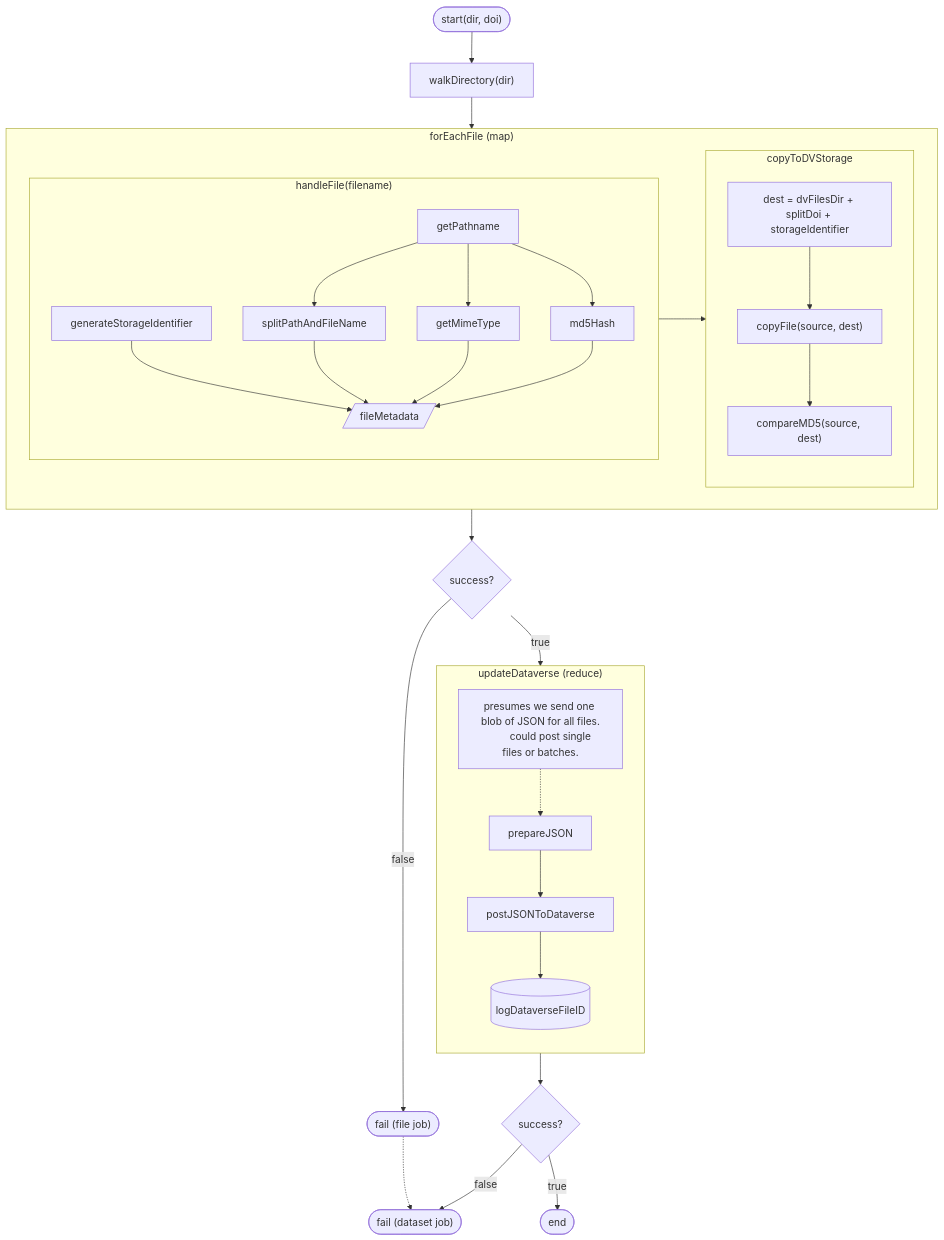
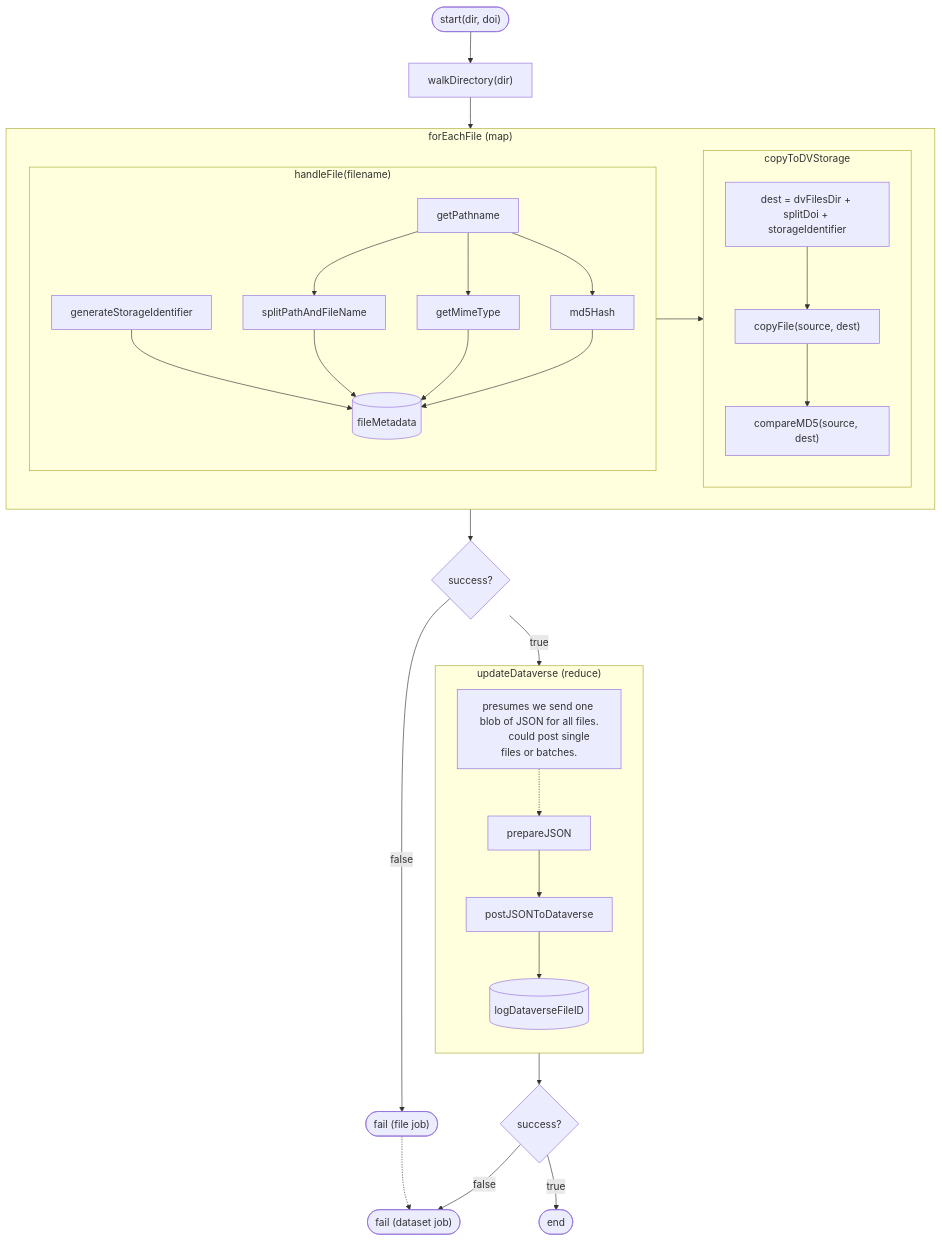
The diagram in README.md (BerkeleyLibrary/deo-volente), drawn with Mermaid before and after one commit. The commit also changed 4 other files, not shown here.

````diff
--- a/README.md
+++ b/README.md
@@ -7,30 +7,30 @@
 ```mermaid
 flowchart
     start(["start(dir, doi)"]) --> walkDirectory["walkDirectory(dir)"]
         --> forEachFile --> fileSuccess{"success?"} -->|true| updateDataverse
         --> success{"success?"} -->|true| End(["end"]) 
 
     subgraph forEachFile["forEachFile (map)"]
         handleFile --> copyToDVStorage 
 
         subgraph handleFile["handleFile(filename)"]
             generateStorageIdentifier -->fileMetadata
-            getPathname --> splitPathAndFileName & getMimeType & md5Hash --> fileMetadata[/"fileMetadata"/]
+            getPathname --> splitPathAndFileName & getMimeType & md5Hash --> fileMetadata[("fileMetadata")]
         end
         
         subgraph copyToDVStorage
             dest["dest = dvFilesDir + splitDoi + storageIdentifier"] -->
             copyFile["copyFile(source, dest)"] --> compareMD5["compareMD5(source, dest)"]
         end
     end
 
     subgraph updateDataverse["updateDataverse (reduce)"]
         direction TB
         note["presumes we send one blob of JSON for all files.
         could post single files or batches."]-.->
         prepareJSON --> postJSONToDataverse --> logDataverseFileID[(logDataverseFileID)]
     end
 
     fileSuccess -->|false| fileFail(["fail (file job)"]) -.-> Fail
     success -->|false| Fail(["fail (dataset job)"])
 ```
````
